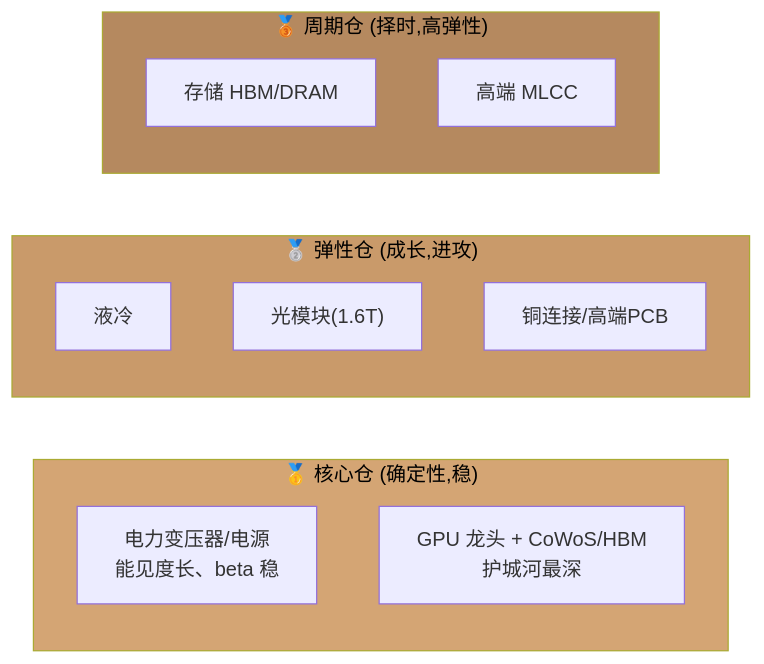
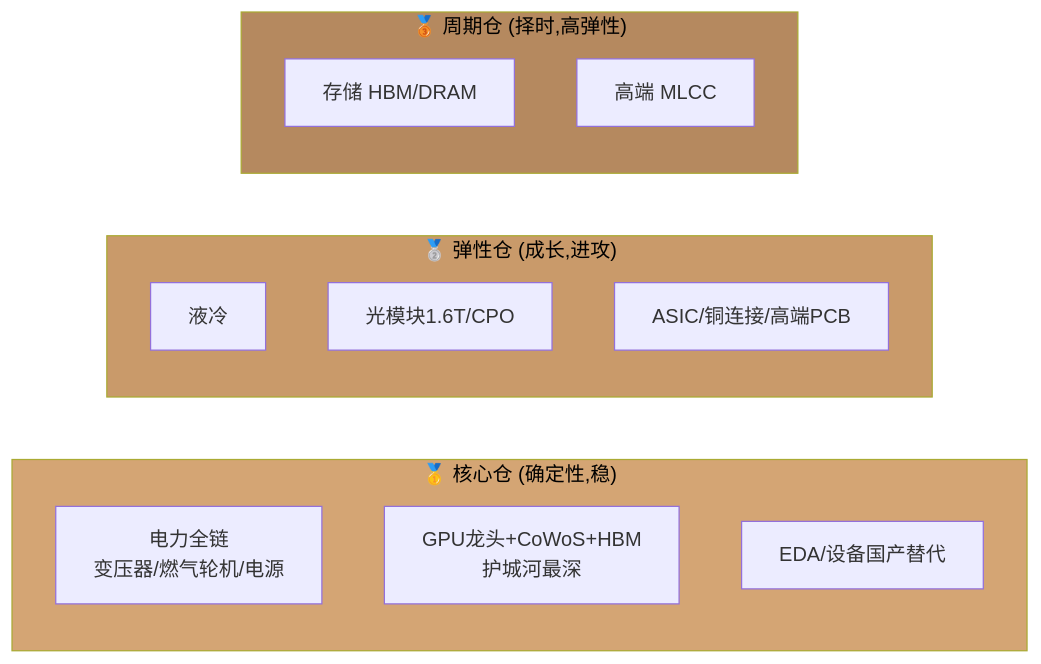
Before and after one commit to zhidaqian/understand-anything: the eighth of 8 diagrams in docs/ai-supply-chain/README.md, drawn with Mermaid. The commit also changed other lines of this file, not shown here.

````diff
--- a/docs/ai-supply-chain/README.md
+++ b/docs/ai-supply-chain/README.md
@@ -314,19 +413,20 @@
 ```mermaid
 flowchart LR
     subgraph CORE["🥇 核心仓 (确定性,稳)"]
-        A1["电力变压器/电源<br/>能见度长、beta 稳"]
-        A2["GPU 龙头 + CoWoS/HBM<br/>护城河最深"]
+        A1["电力全链<br/>变压器/燃气轮机/电源"]
+        A2["GPU龙头+CoWoS+HBM<br/>护城河最深"]
+        A3["EDA/设备国产替代"]
     end
     subgraph GROW["🥈 弹性仓 (成长,进攻)"]
         B1["液冷"]
-        B2["光模块(1.6T)"]
-        B3["铜连接/高端PCB"]
+        B2["光模块1.6T/CPO"]
+        B3["ASIC/铜连接/高端PCB"]
     end
     subgraph CYC["🥉 周期仓 (择时,高弹性)"]
         C1["存储 HBM/DRAM"]
         C2["高端 MLCC"]
     end
     style CORE fill:#d4a574,color:#000
     style GROW fill:#c99a6a,color:#000
     style CYC fill:#b5895f,color:#000
 ```
````
